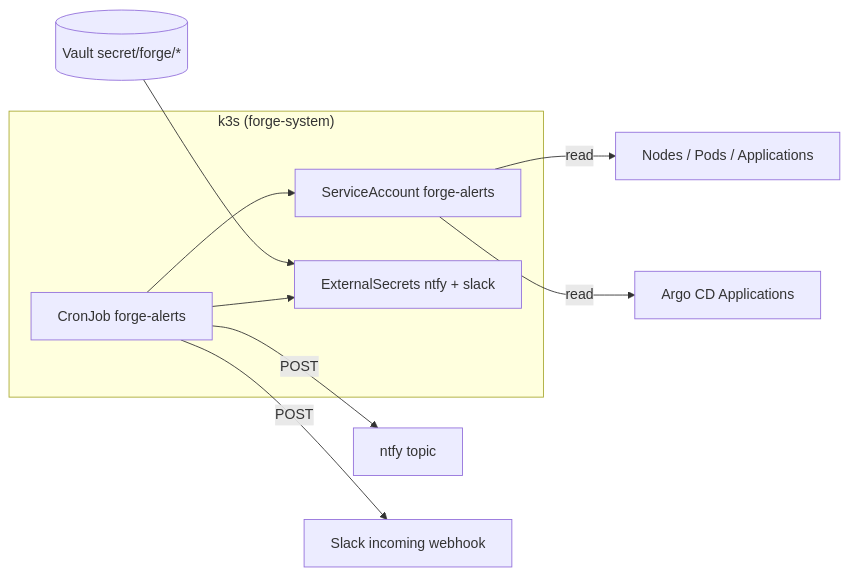
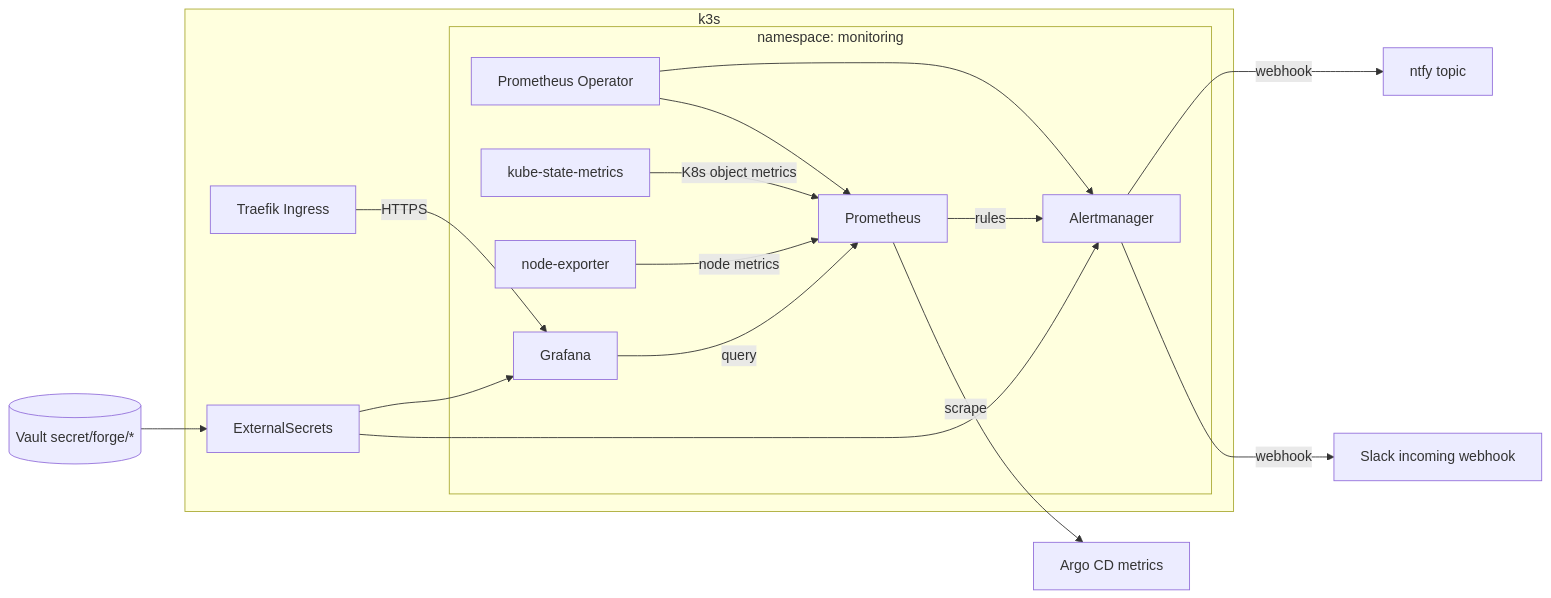
One commit to diestrin/homelab-forge changed the diagram in factory/plans/TASK-012.md. Above: the diagram before and after it, drawn with Mermaid. The commit also changed other lines of this file and 1 other file, not shown here.

````diff
--- a/factory/plans/TASK-012.md
+++ b/factory/plans/TASK-012.md
@@ -32,15 +33,28 @@
 ```mermaid
 flowchart LR
-  subgraph cluster["k3s (forge-system)"]
-    CJ[CronJob forge-alerts]
-    SA[ServiceAccount forge-alerts]
-    ESO[ExternalSecrets ntfy + slack]
-    CJ --> SA
-    CJ --> ESO
+  subgraph cluster["k3s"]
+    subgraph mon["namespace: monitoring"]
+      PO[Prometheus Operator]
+      Prom[Prometheus]
+      Graf[Grafana]
+      AM[Alertmanager]
+      KSM[kube-state-metrics]
+      NE[node-exporter]
+      PO --> Prom
+      PO --> AM
+    end
+    ESO[ExternalSecrets]
+    Ing[Traefik Ingress]
   end
-  SA -->|read| K8s[Nodes / Pods / Applications]
-  SA -->|read| Argo[Argo CD Applications]
-  CJ -->|POST| Ntfy[ntfy topic]
-  CJ -->|POST| Slack[Slack incoming webhook]
+  KSM -->|K8s object metrics| Prom
+  NE -->|node metrics| Prom
+  Prom -->|scrape| Argo[Argo CD metrics]
+  Prom -->|rules| AM
+  AM -->|webhook| Ntfy[ntfy topic]
+  AM -->|webhook| Slack[Slack incoming webhook]
+  Graf -->|query| Prom
+  Ing -->|HTTPS| Graf
   Vault[(Vault secret/forge/*)] --> ESO
+  ESO --> Graf
+  ESO --> AM
 ```
````
